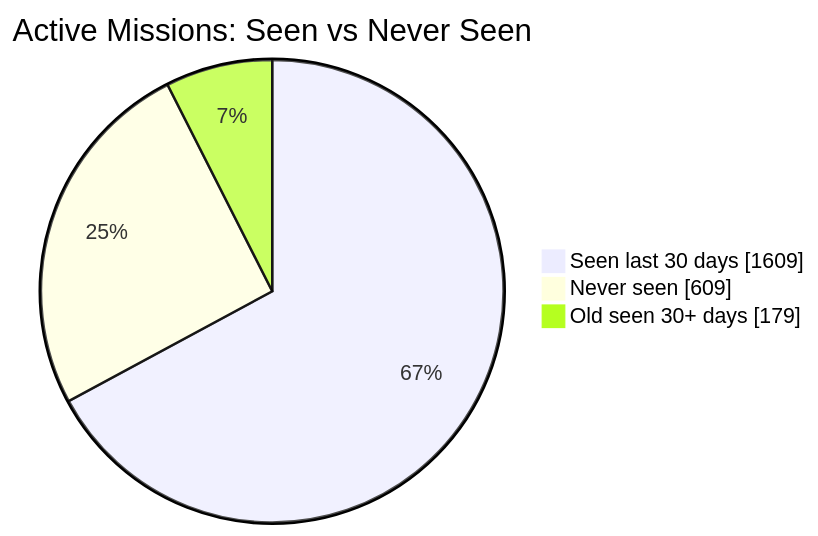
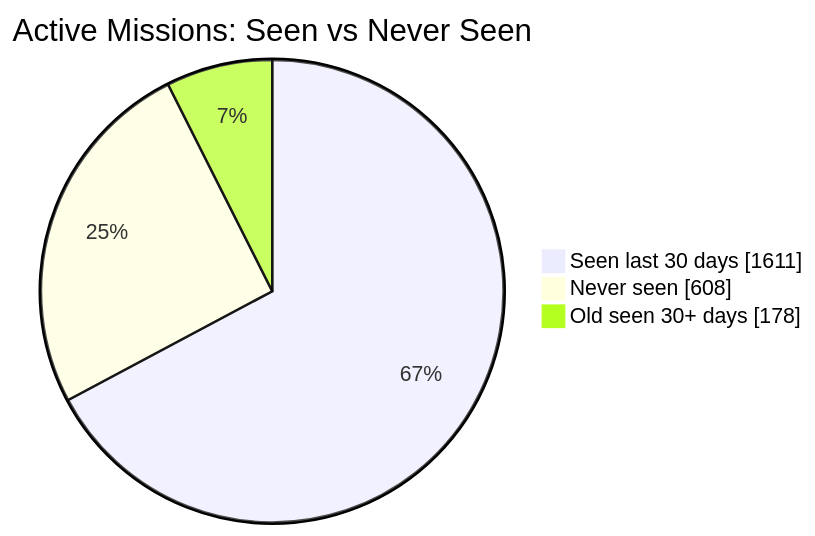
The first of 2 diagrams in README.md (MeldkamerspelGameTeam/active-missions), drawn with Mermaid before and after one commit. The commit also changed other lines of this file and 3 other files, not shown here.

````diff
--- a/README.md
+++ b/README.md
@@ -34,7 +34,7 @@
 ```mermaid
 pie showData
     title Active Missions: Seen vs Never Seen
-    "Seen last 30 days" : 1609
-    "Never seen" : 609
-    "Old seen 30+ days" : 179
+    "Seen last 30 days" : 1611
+    "Never seen" : 608
+    "Old seen 30+ days" : 178
 ```
````
